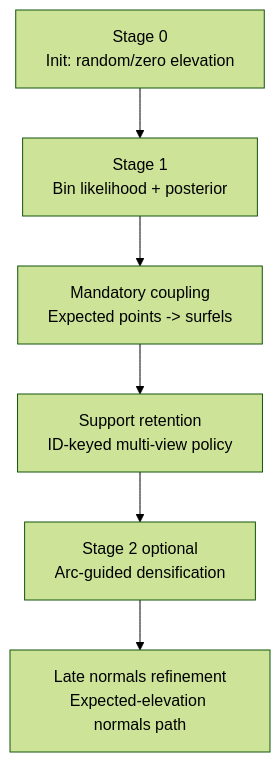
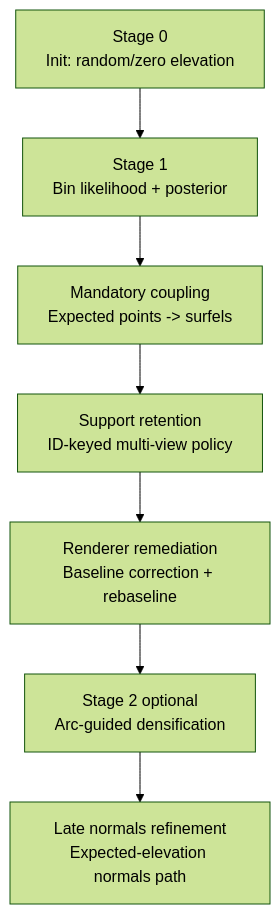
The second of 4 diagrams in plans/PLAN_ELEVATION_AWARE_TRAINING_FLOW_2026-02-24.md (gavingavinchan/Unbiased_Surfel_sonar), drawn with Mermaid (forest theme) before and after one commit. The commit also changed other lines of this file and 7 other files, not shown here.

````diff
--- a/plans/PLAN_ELEVATION_AWARE_TRAINING_FLOW_2026-02-24.md
+++ b/plans/PLAN_ELEVATION_AWARE_TRAINING_FLOW_2026-02-24.md
@@ -84,11 +86,12 @@
 ```mermaid
 flowchart TD
     S0[Stage 0\nInit: random/zero elevation]
     S1[Stage 1\nBin likelihood + posterior]
     C[Mandatory coupling\nExpected points -> surfels]
     R[Support retention\nID-keyed multi-view policy]
+    V2[Renderer remediation\nBaseline correction + rebaseline]
     S2[Stage 2 optional\nArc-guided densification]
     N[Late normals refinement\nExpected-elevation normals path]
 
-    S0 --> S1 --> C --> R --> S2 --> N
+    S0 --> S1 --> C --> R --> V2 --> S2 --> N
 ```
````
